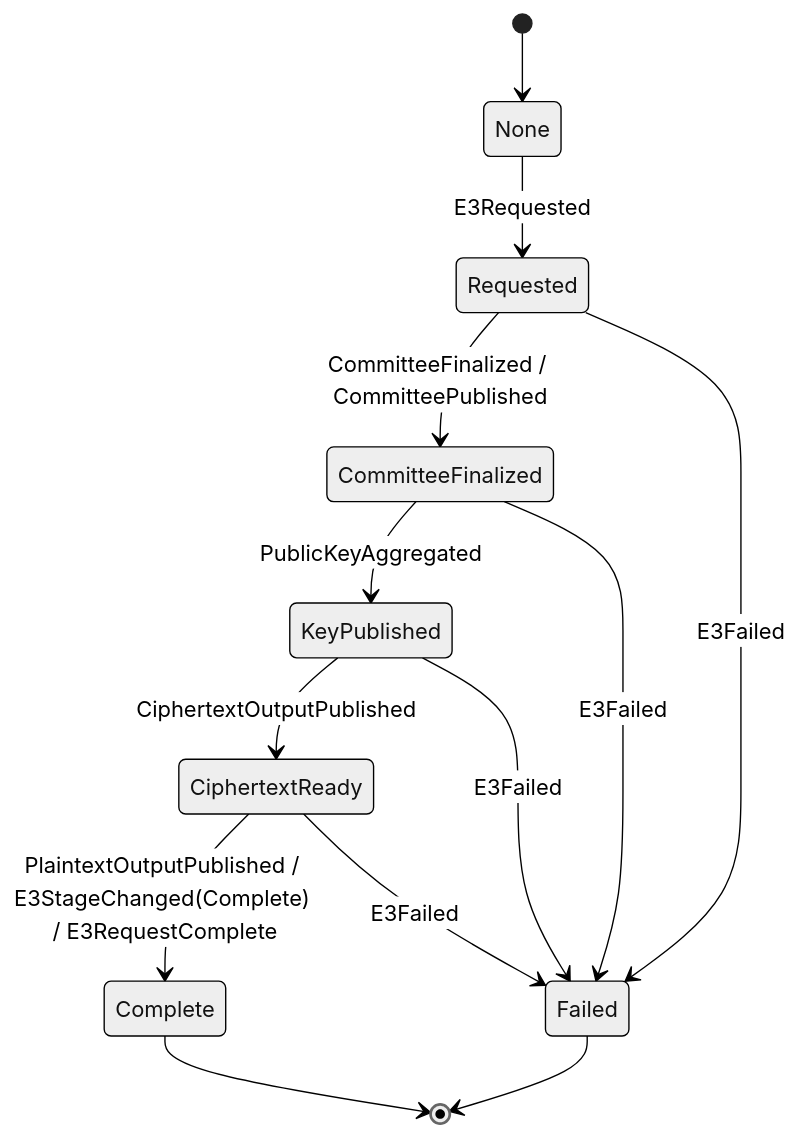
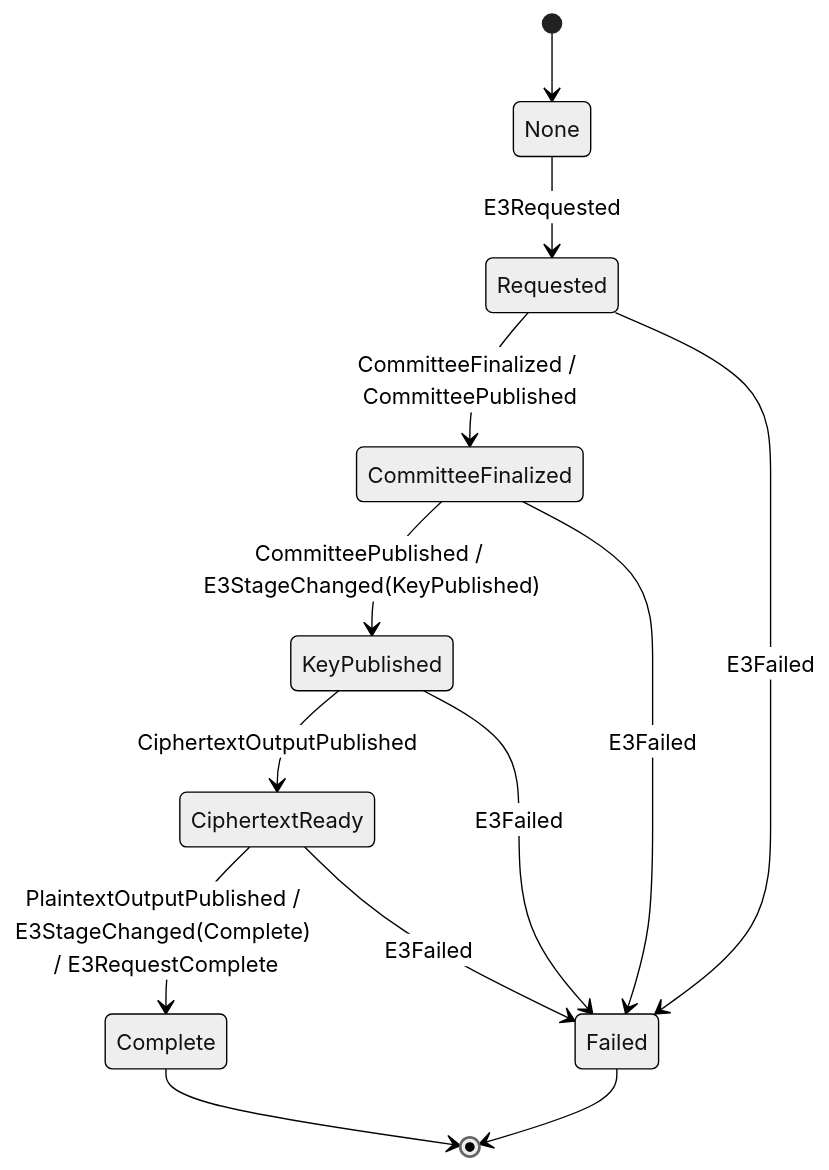
The seventh of 15 diagrams in agent/CRATES_ARCHITECTURE.md (gnosisguild/interfold), drawn with Mermaid (neutral theme) before and after one commit. The commit also changed other lines of this file and 27 other files, not shown here.

````diff
--- a/agent/CRATES_ARCHITECTURE.md
+++ b/agent/CRATES_ARCHITECTURE.md
@@ -479,15 +479,15 @@
 ```mermaid
 stateDiagram-v2
     [*] --> None
     None --> Requested: E3Requested
     Requested --> CommitteeFinalized: CommitteeFinalized / CommitteePublished
-    CommitteeFinalized --> KeyPublished: PublicKeyAggregated
+    CommitteeFinalized --> KeyPublished: CommitteePublished / E3StageChanged(KeyPublished)
     KeyPublished --> CiphertextReady: CiphertextOutputPublished
     CiphertextReady --> Complete: PlaintextOutputPublished / E3StageChanged(Complete) / E3RequestComplete
     Requested --> Failed: E3Failed
     CommitteeFinalized --> Failed: E3Failed
     KeyPublished --> Failed: E3Failed
     CiphertextReady --> Failed: E3Failed
     Complete --> [*]
     Failed --> [*]
 ```
````
